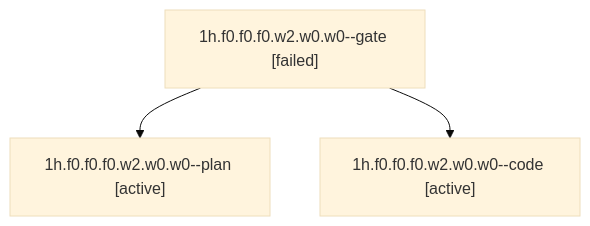
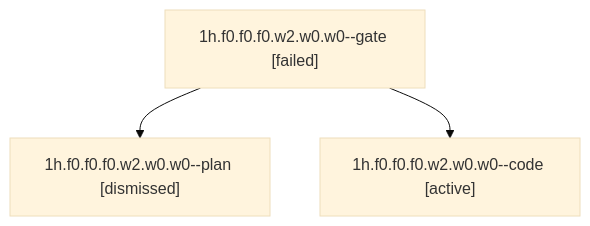
Before and after one commit to sase-org/sase--agents: the diagram in sessions/bbugyi200.apollo.1h.f0.f0.f0.w2.w0.w0.md, drawn with Mermaid (base theme). The commit also changed other lines of this file and 60 other files, not shown here.

````diff
--- a/sessions/bbugyi200.apollo.1h.f0.f0.f0.w2.w0.w0.md
+++ b/sessions/bbugyi200.apollo.1h.f0.f0.f0.w2.w0.w0.md
@@ -9,8 +9,8 @@
 ```mermaid
 flowchart TD
   n0["1h.f0.f0.f0.w2.w0.w0--gate [failed]"]
-  n1["1h.f0.f0.f0.w2.w0.w0--plan [active]"]
+  n1["1h.f0.f0.f0.w2.w0.w0--plan [dismissed]"]
   n0 --> n1
   n2["1h.f0.f0.f0.w2.w0.w0--code [active]"]
   n0 --> n2
 ```
````
